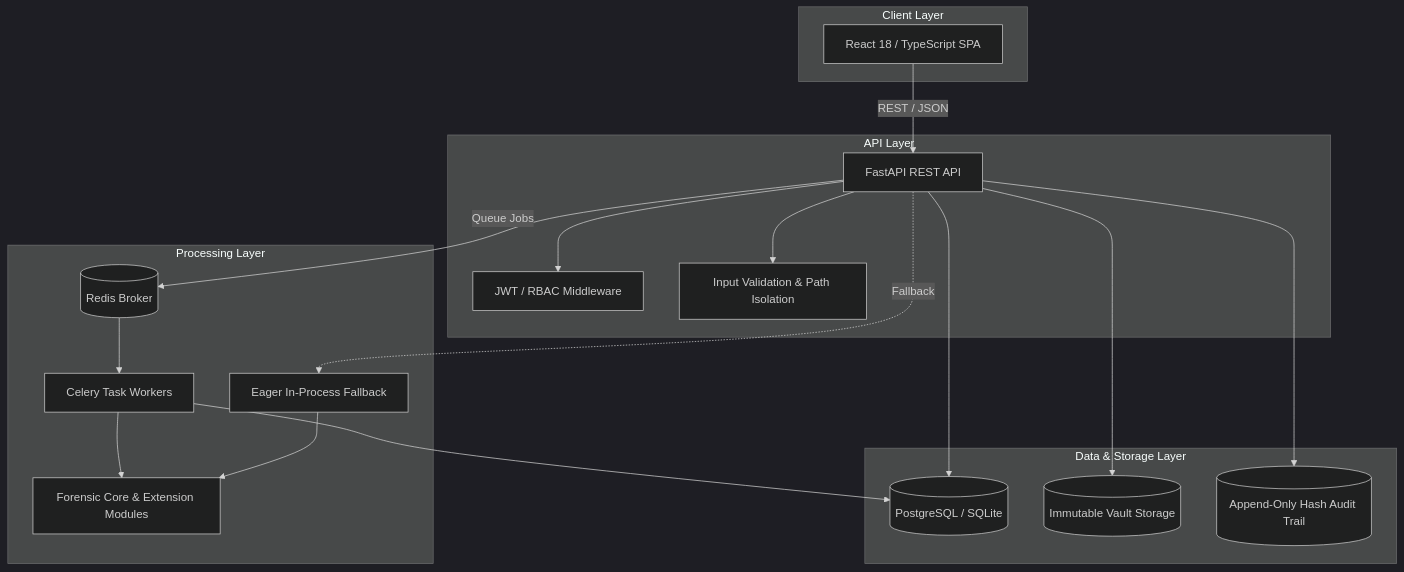
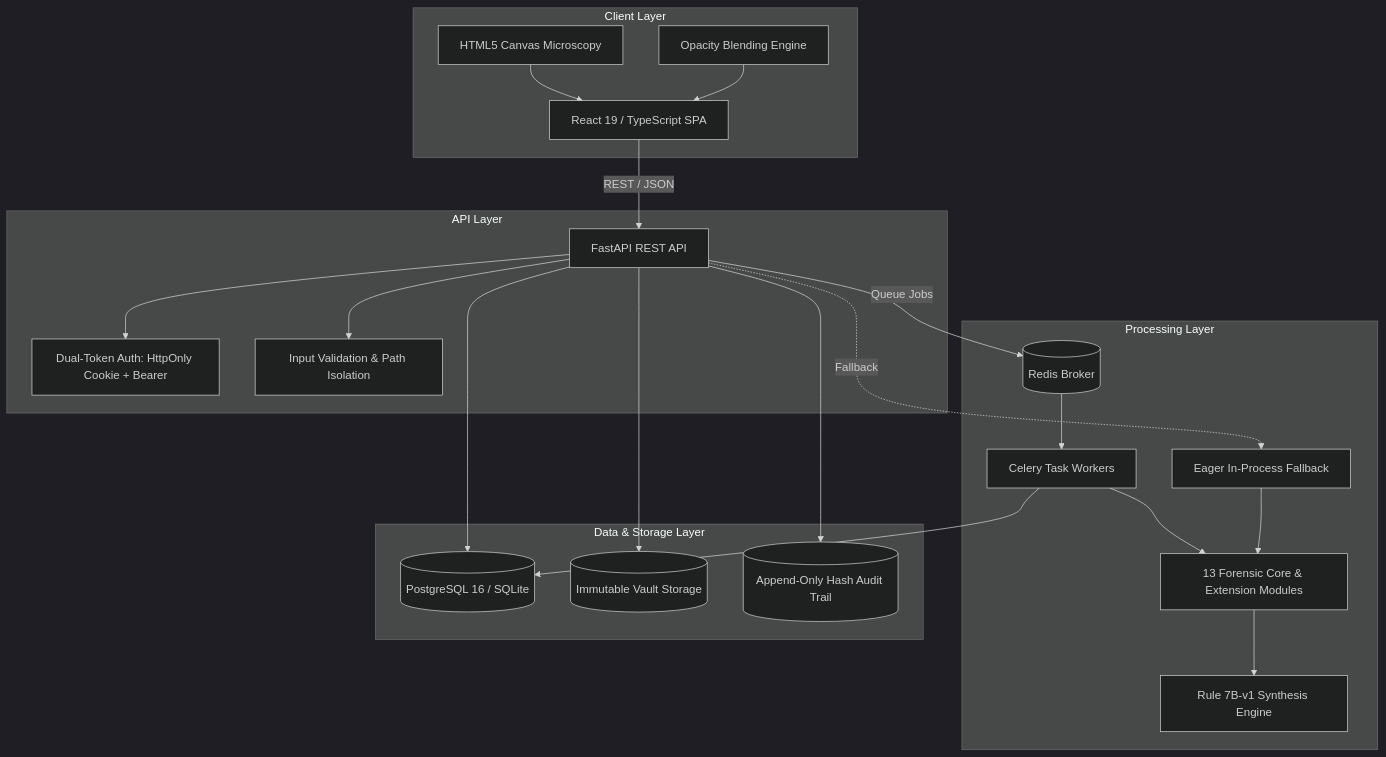
One commit to kharbashpriyanshu/ForenSight changed the second of 2 diagrams in README.md. Above: the diagram before and after it, drawn with Mermaid (dark theme). The commit also changed other lines of this file and 9 other files, not shown here.

Commit message:
fix(auth): resolve CSRF token validation failure across partitioned Render subdomains and update README and faculty PPT

````diff
--- a/README.md
+++ b/README.md
@@ -87,38 +121,44 @@
 ```mermaid
 graph TD
     subgraph Client Layer
-        UI[React 18 / TypeScript SPA]
+        UI[React 19 / TypeScript SPA]
+        Canvas[HTML5 Canvas Microscopy]
+        Alpha[Opacity Blending Engine]
     end
 
     subgraph API Layer
         API[FastAPI REST API]
-        Auth[JWT / RBAC Middleware]
+        Auth[Dual-Token Auth: HttpOnly Cookie + Bearer]
         Guard[Input Validation & Path Isolation]
     end
 
     subgraph Processing Layer
         Broker[(Redis Broker)]
         Worker[Celery Task Workers]
         Fallback[Eager In-Process Fallback]
-        Engines[Forensic Core & Extension Modules]
+        Engines[13 Forensic Core & Extension Modules]
+        RuleEngine[Rule 7B-v1 Synthesis Engine]
     end
 
     subgraph Data & Storage Layer
-        DB[(PostgreSQL / SQLite)]
+        DB[(PostgreSQL 16 / SQLite)]
         Storage[(Immutable Vault Storage)]
         Audit[(Append-Only Hash Audit Trail)]
     end
 
     UI -->|REST / JSON| API
+    Canvas --> UI
+    Alpha --> UI
     API --> Auth
     API --> Guard
     API -->|Queue Jobs| Broker
     Broker --> Worker
     API -.->|Fallback| Fallback
     Worker --> Engines
     Fallback --> Engines
+    Engines --> RuleEngine
     API --> DB
     Worker --> DB
     API --> Storage
     API --> Audit
 ```
````
